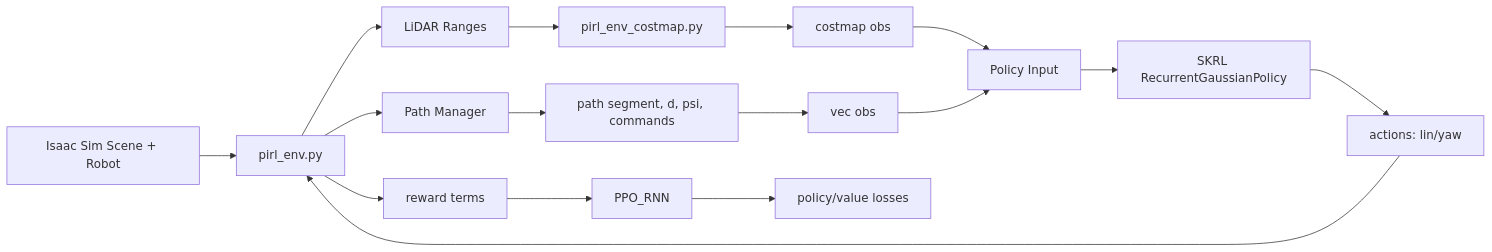
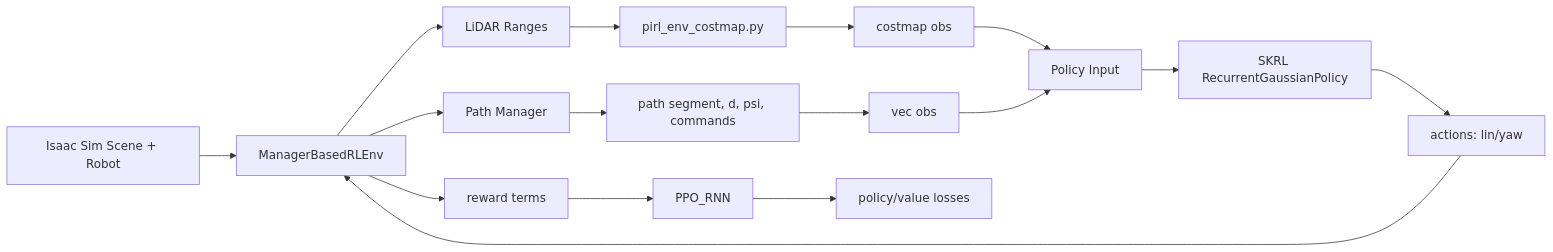
Before and after one commit to ulanpy/pirl: the diagram in AGENTS.md, drawn with Mermaid. The commit also changed other lines of this file and 28 other files, not shown here.

Commit message:
feat: change env from direct to manager based

````diff
--- a/AGENTS.md
+++ b/AGENTS.md
@@ -92,18 +93,18 @@
 ```mermaid
 flowchart LR
-  A[Isaac Sim Scene + Robot] --> B[pirl_env.py]
+  A[Isaac Sim Scene + Robot] --> B[ManagerBasedRLEnv]
   B --> C[LiDAR Ranges]
   B --> D[Path Manager]
   C --> E[pirl_env_costmap.py]
   D --> F[path segment, d, psi, commands]
   E --> G[costmap obs]
   F --> H[vec obs]
   G --> I[Policy Input]
   H --> I
   I --> J[SKRL RecurrentGaussianPolicy]
   J --> K[actions: lin/yaw]
   K --> B
   B --> L[reward terms]
   L --> M[PPO_RNN]
   M --> N[policy/value losses]
 ```
````
